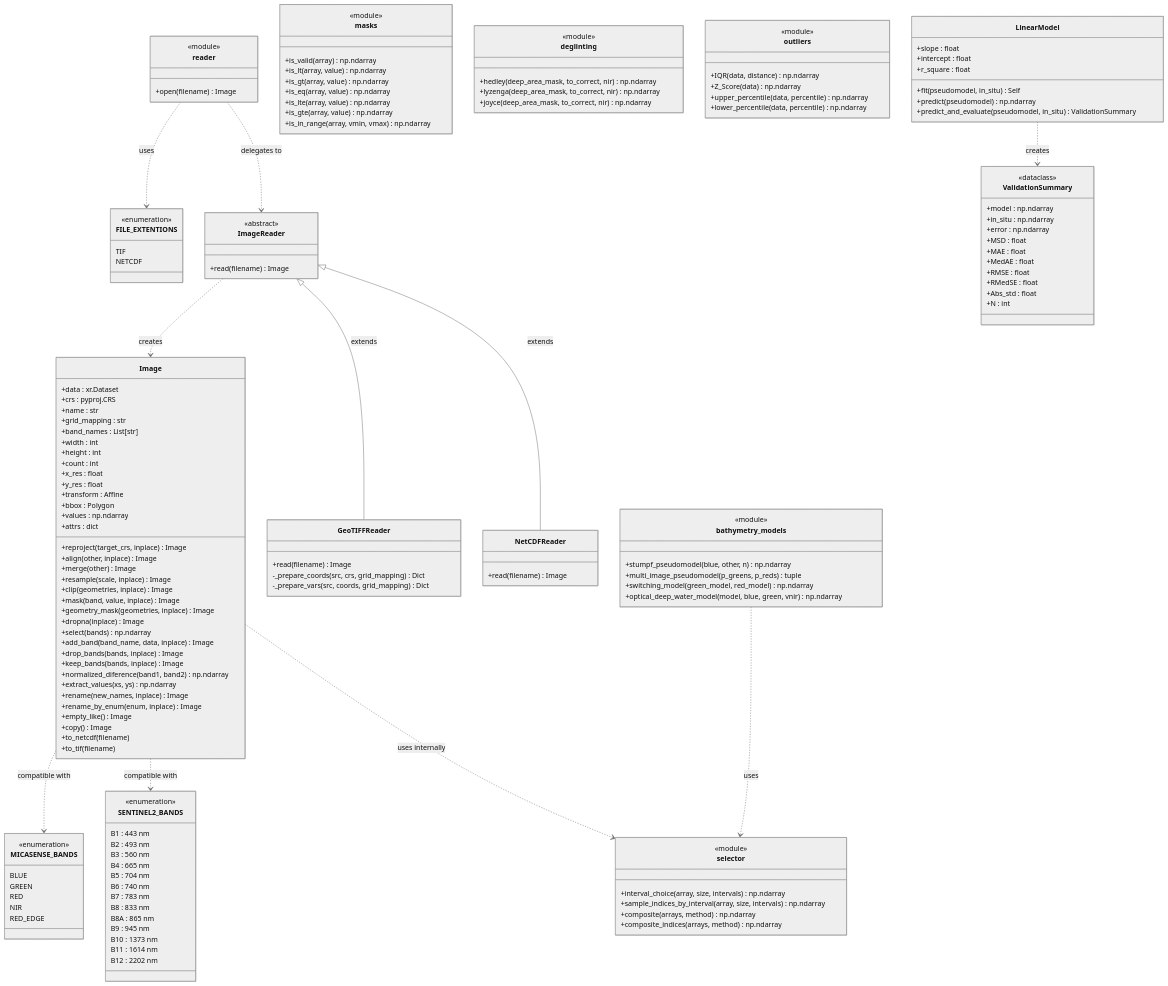
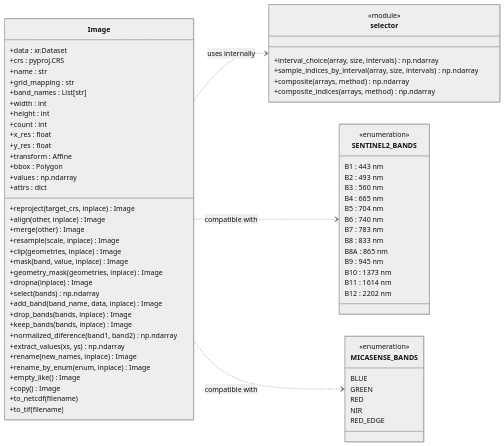
One commit to Aouei/sensingpy changed the first of 4 diagrams in docs/architecture/class-diagram.md. Above: the diagram before and after it, drawn with Mermaid (neutral theme). The commit also changed 2 other files, not shown here.

Commit message:
UPDATE improve diagrams

````diff
--- a/docs/architecture/class-diagram.md
+++ b/docs/architecture/class-diagram.md
@@ -5,8 +9,7 @@
 ```mermaid
 classDiagram
-    direction TB
+    direction LR
 
-    %% ── Core ──────────────────────────────────────────────────────────────
     class Image {
         +data : xr.Dataset
         +crs : pyproj.CRS
@@ -44,47 +47,14 @@
         +to_tif(filename)
     }
 
-    %% ── Readers ───────────────────────────────────────────────────────────
-    class ImageReader {
-        <<abstract>>
-        +read(filename) Image
+    class selector {
+        <<module>>
+        +interval_choice(array, size, intervals) np.ndarray
+        +sample_indices_by_interval(array, size, intervals) np.ndarray
+        +composite(arrays, method) np.ndarray
+        +composite_indices(arrays, method) np.ndarray
     }
 
-    class NetCDFReader {
-        +read(filename) Image
-    }
-
-    class GeoTIFFReader {
-        +read(filename) Image
-        -_prepare_coords(src, crs, grid_mapping) Dict
-        -_prepare_vars(src, coords, grid_mapping) Dict
-    }
-
-    %% ── Bathymetry ────────────────────────────────────────────────────────
-    class LinearModel {
-        +slope : float
-        +intercept : float
-        +r_square : float
-        +fit(pseudomodel, in_situ) Self
-        +predict(pseudomodel) np.ndarray
-        +predict_and_evaluate(pseudomodel, in_situ) ValidationSummary
-    }
-
-    class ValidationSummary {
-        <<dataclass>>
-        +model : np.ndarray
-        +in_situ : np.ndarray
-        +error : np.ndarray
-        +MSD : float
-        +MAE : float
-        +MedAE : float
-        +RMSE : float
-        +RMedSE : float
-        +Abs_std : float
-        +N : int
-    }
-
-    %% ── Enums ─────────────────────────────────────────────────────────────
     class SENTINEL2_BANDS {
         <<enumeration>>
         B1 : 443 nm
@@ -111,71 +81,6 @@
         RED_EDGE
     }
 
-    class FILE_EXTENTIONS {
-        <<enumeration>>
-        TIF
-        NETCDF
-    }
-
-    %% ── Function modules ──────────────────────────────────────────────────
-    class masks {
-        <<module>>
-        +is_valid(array) np.ndarray
-        +is_lt(array, value) np.ndarray
-        +is_gt(array, value) np.ndarray
-        +is_eq(array, value) np.ndarray
-        +is_lte(array, value) np.ndarray
-        +is_gte(array, value) np.ndarray
-        +is_in_range(array, vmin, vmax) np.ndarray
-    }
-
-    class selector {
-        <<module>>
-        +interval_choice(array, size, intervals) np.ndarray
-        +sample_indices_by_interval(array, size, intervals) np.ndarray
-        +composite(arrays, method) np.ndarray
-        +composite_indices(arrays, method) np.ndarray
-    }
-
-    class deglinting {
-        <<module>>
-        +hedley(deep_area_mask, to_correct, nir) np.ndarray
-        +lyzenga(deep_area_mask, to_correct, nir) np.ndarray
-        +joyce(deep_area_mask, to_correct, nir) np.ndarray
-    }
-
-    class outliers {
-        <<module>>
-        +IQR(data, distance) np.ndarray
-        +Z_Score(data) np.ndarray
-        +upper_percentile(data, percentile) np.ndarray
-        +lower_percentile(data, percentile) np.ndarray
-    }
-
-    class bathymetry_models {
-        <<module>>
-        +stumpf_pseudomodel(blue, other, n) np.ndarray
-        +multi_image_pseudomodel(p_greens, p_reds) tuple
-        +switching_model(green_model, red_model) np.ndarray
-        +optical_deep_water_model(model, blue, green, vnir) np.ndarray
-    }
-
-    class reader {
-        <<module>>
-        +open(filename) Image
-    }
-
-    %% ── Relationships ─────────────────────────────────────────────────────
-    ImageReader <|-- NetCDFReader : extends
-    ImageReader <|-- GeoTIFFReader : extends
-
-    ImageReader ..> Image : creates
-    reader ..> ImageReader : delegates to
-    reader ..> FILE_EXTENTIONS : uses
-
-    LinearModel ..> ValidationSummary : creates
-    bathymetry_models ..> selector : uses
-
     Image ..> selector : uses internally
     Image ..> SENTINEL2_BANDS : compatible with
     Image ..> MICASENSE_BANDS : compatible with
````
